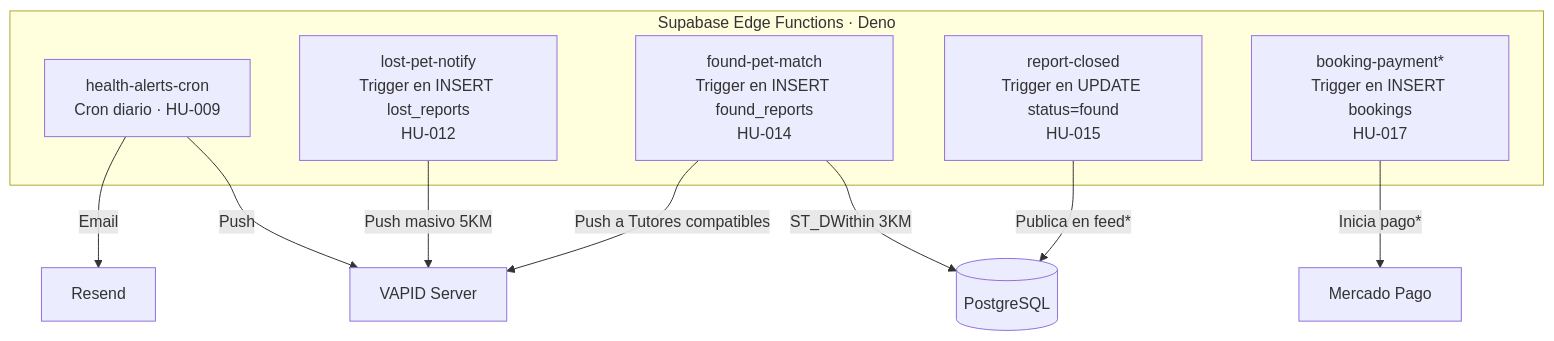
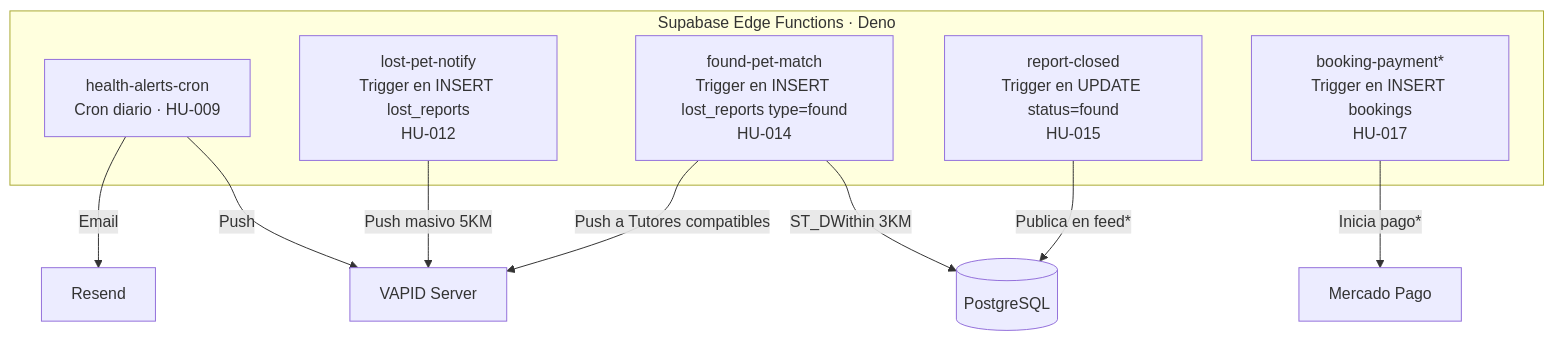
Diagram 11 of 22 in docs/system-architecture.md (NachoGonzalezParks/Appatitas), drawn with Mermaid before and after one commit. The commit also changed other lines of this file and 21 other files, not shown here.

````diff
--- a/docs/system-architecture.md
+++ b/docs/system-architecture.md
@@ -453,18 +500,18 @@
 ```mermaid
 graph TB
     subgraph EF["Supabase Edge Functions · Deno"]
         EF1[health-alerts-cron\nCron diario · HU-009]
         EF2[lost-pet-notify\nTrigger en INSERT lost_reports\nHU-012]
-        EF3[found-pet-match\nTrigger en INSERT found_reports\nHU-014]
+        EF3[found-pet-match\nTrigger en INSERT lost_reports type=found\nHU-014]
         EF4[report-closed\nTrigger en UPDATE status=found\nHU-015]
         EF5[booking-payment*\nTrigger en INSERT bookings\nHU-017]
     end
 
     EF1 -->|Email| RS[Resend]
     EF1 -->|Push| VP[VAPID Server]
     EF2 -->|Push masivo 5KM| VP
     EF3 -->|Push a Tutores compatibles| VP
     EF3 -->|ST_DWithin 3KM| DB[(PostgreSQL)]
     EF4 -->|Publica en feed*| DB
     EF5 -->|Inicia pago*| MP[Mercado Pago]
 ```
````
